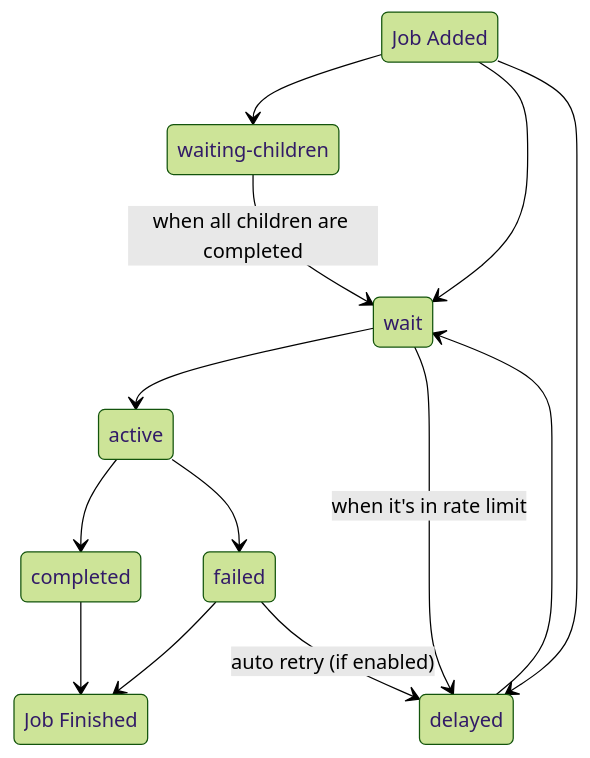
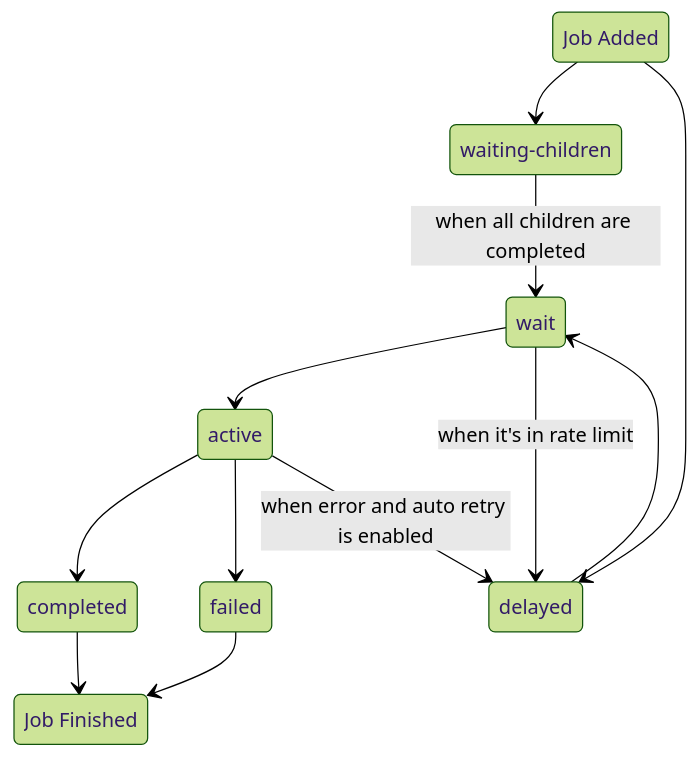
The second of 2 diagrams in docs/gitbook/guide/architecture.md (taskforcesh/bullmq), drawn with Mermaid (forest theme) before and after one commit. The commit also changed other lines of this file and 2 other files, not shown here.

Commit message:
docs: update diagrams

````diff
--- a/docs/gitbook/guide/architecture.md
+++ b/docs/gitbook/guide/architecture.md
@@ -13,18 +31,17 @@
 ```mermaid
 stateDiagram-v2
 state "Job Added" as ja
 state "Job Finished" as jf
 state "waiting-children" as wc
     ja --> wc
-    ja --> wait
     ja --> delayed
     wc --> wait : when all children are completed
     wait --> active
     wait --> delayed : when it's in rate limit
     delayed --> wait
     active --> completed
     active --> failed
     completed --> jf
     failed --> jf
-    failed --> delayed : auto retry (if enabled)
+    active --> delayed : when error and auto retry is enabled
 ```
````
